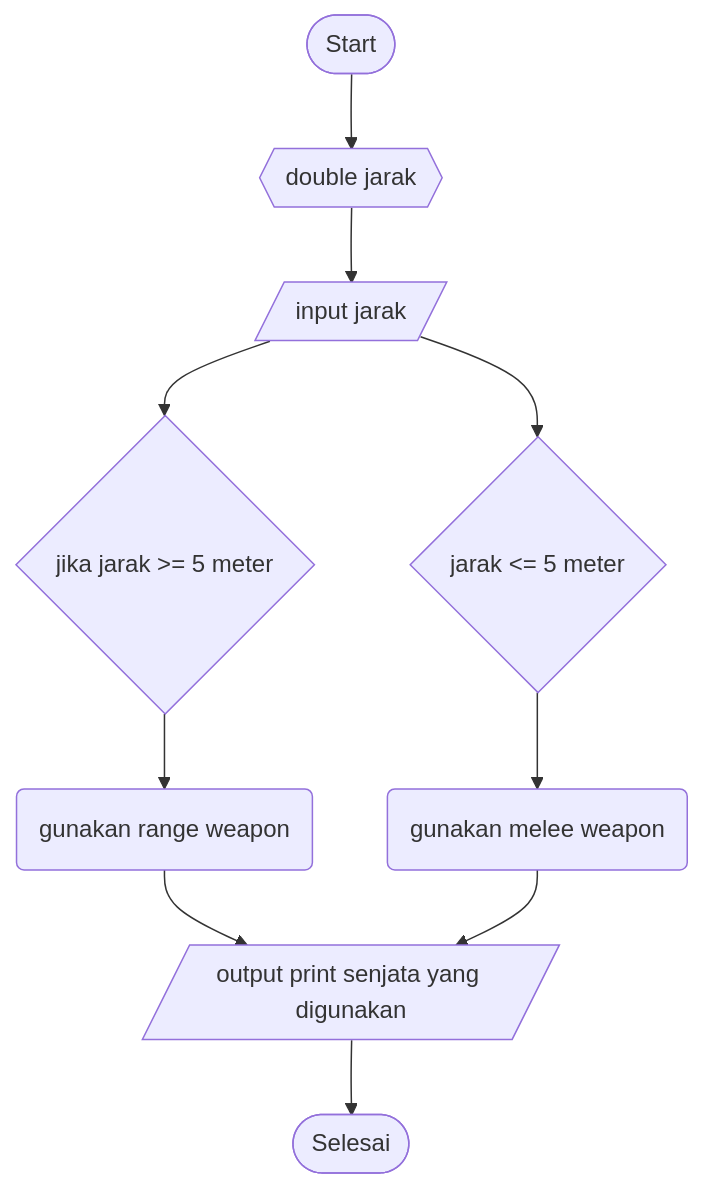
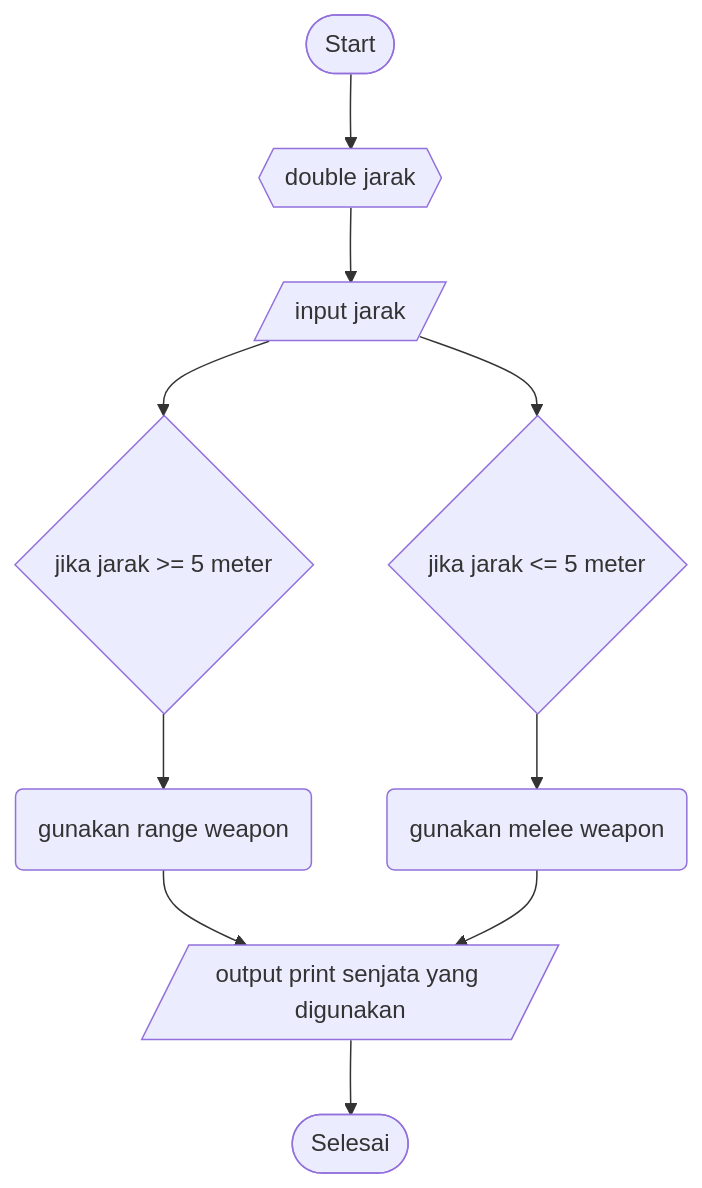
Before and after one commit to SATRIODIANNUGROHO/Sample2.1: the diagram in JustForFun.md, drawn with Mermaid.

````diff
--- a/JustForFun.md
+++ b/JustForFun.md
@@ -3,13 +3,13 @@
 ```mermaid
 graph TD;
     1([Start])-->2{{double jarak}};
     2{{double jarak}}-->3[/input jarak/];
     3[/input jarak/]-->4{jika jarak >= 5 meter};
-    3[/input jarak/]-->6{jarak <= 5 meter};
+    3[/input jarak/]-->6{jika jarak <= 5 meter};
     4{jika jarak >= 5 meter}-->7(gunakan range weapon);
-    6{jarak <= 5 meter}-->8(gunakan melee weapon);
+    6{jika jarak <= 5 meter}-->8(gunakan melee weapon);
     7(gunakan range weapon)-->9[/output print senjata yang digunakan/];
     8(gunakan melee weapon)-->9[/output print senjata yang digunakan/];
     9[/output print senjata yang digunakan/]-->10([Selesai]);
 
 ```
````
